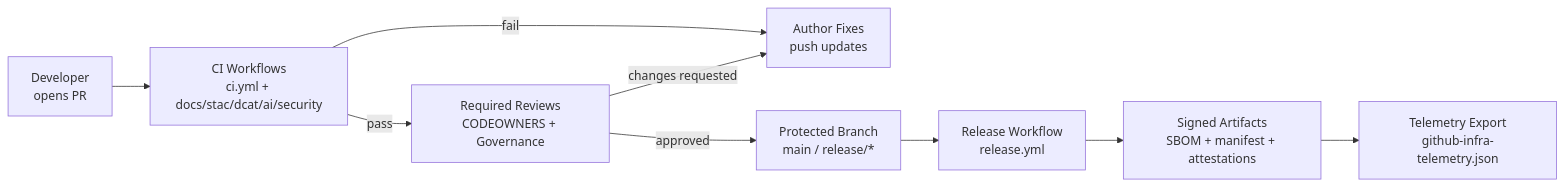
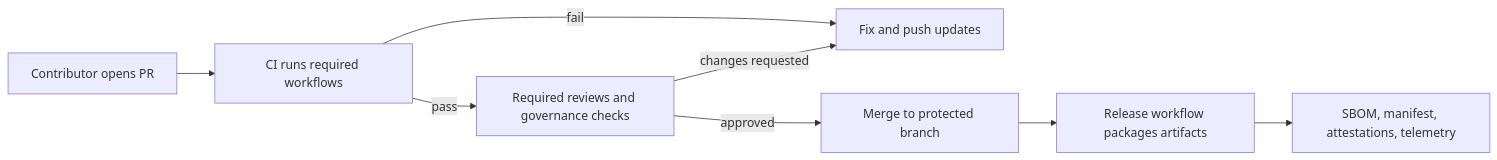
One commit to bartytime4life/Kansas-Frontier-Matrix changed the first of 2 diagrams in .github/ARCHITECTURE.md. Above: the diagram before and after it, drawn with Mermaid. The commit also changed other lines of this file, not shown here.

````diff
--- a/.github/ARCHITECTURE.md
+++ b/.github/ARCHITECTURE.md
@@ -252,13 +274,10 @@
-```mermaid
+~~~mermaid
 flowchart LR
-    dev[Developer<br/>opens PR] --> checks[CI Workflows<br/>ci.yml + docs/stac/dcat/ai/security]
-    checks -->|pass| review[Required Reviews<br/>CODEOWNERS + Governance]
-    checks -->|fail| fix[Author Fixes<br/>push updates]
-
-    review -->|approved| merge[Protected Branch<br/>main / release/*]
-    review -->|changes requested| fix
-
-    merge --> release[Release Workflow<br/>release.yml]
-    release --> artifacts[Signed Artifacts<br/>SBOM + manifest + attestations]
-    artifacts --> telemetry[Telemetry Export<br/>github-infra-telemetry.json]
-```
+  A["Contributor opens PR"] --> B["CI runs required workflows"]
+  B -->|pass| C["Required reviews and governance checks"]
+  B -->|fail| D["Fix and push updates"]
+  C -->|approved| E["Merge to protected branch"]
+  C -->|changes requested| D
+  E --> F["Release workflow packages artifacts"]
+  F --> G["SBOM, manifest, attestations, telemetry"]
+~~~
````
